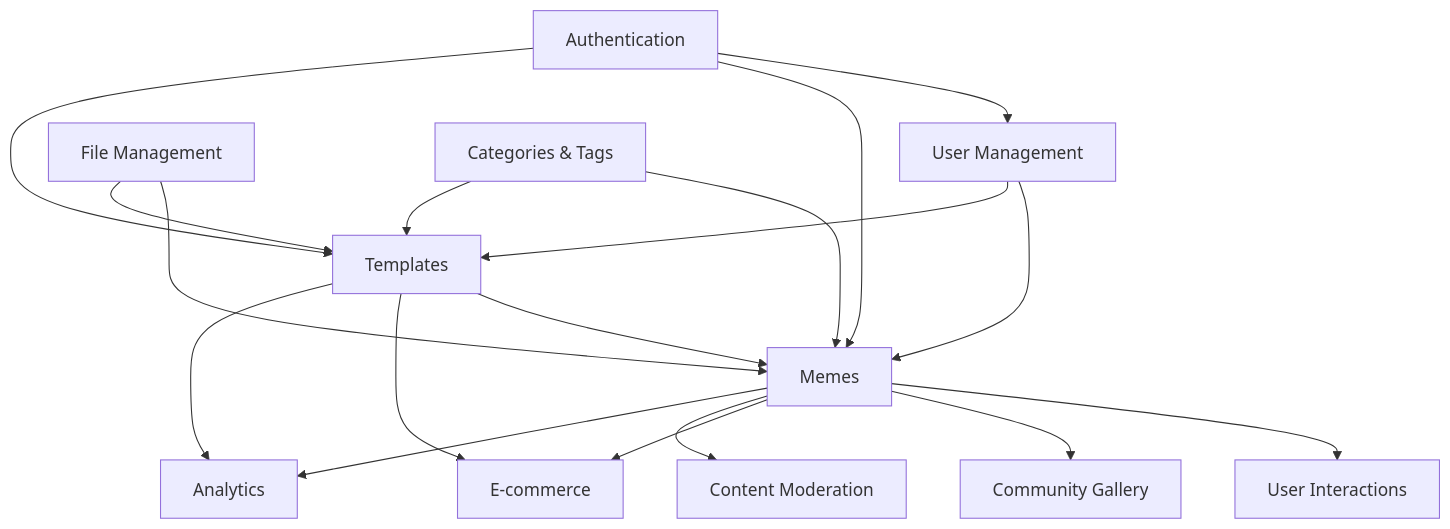
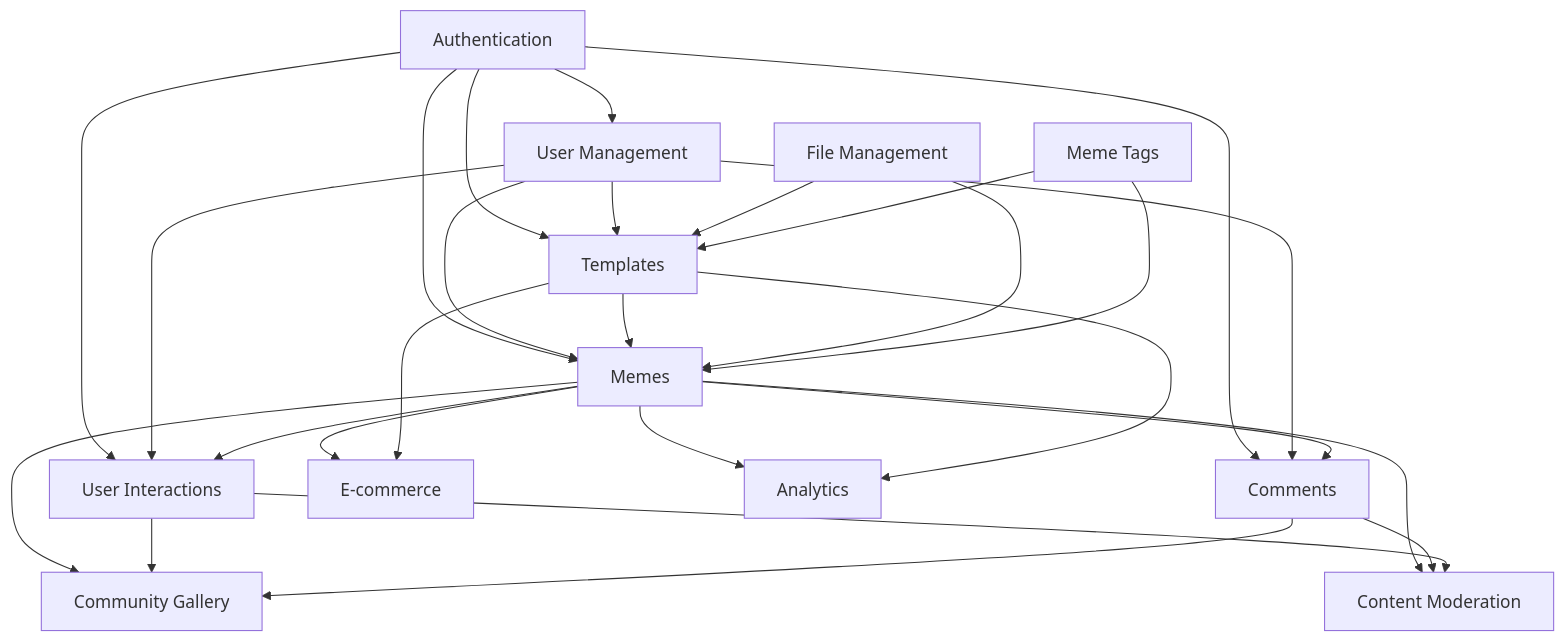
Before and after one commit to Anmolxx/i-love-memes-rest: the diagram in docs/features/README.md, drawn with Mermaid. The commit also changed other lines of this file and 3 other files, not shown here.

Commit message:
feat: add user interactions feature specification

````diff
--- a/docs/features/README.md
+++ b/docs/features/README.md
@@ -299,27 +349,37 @@
 ```mermaid
 graph TD
     AUTH[Authentication] --> USERS[User Management]
     AUTH --> MEMES[Memes]
     AUTH --> TEMPLATES[Templates]
+    AUTH --> INTERACTIONS[User Interactions]
+    AUTH --> COMMENTS[Comments]
 
     USERS --> MEMES
     USERS --> TEMPLATES
+    USERS --> INTERACTIONS
+    USERS --> COMMENTS
 
     TEMPLATES --> MEMES
 
     FILES[File Management] --> MEMES
     FILES --> TEMPLATES
 
-    TAGS[Categories & Tags] --> MEMES
+    TAGS[Meme Tags] --> MEMES
     TAGS --> TEMPLATES
 
-    MEMES --> INTERACTIONS[User Interactions]
+    MEMES --> INTERACTIONS
+    MEMES --> COMMENTS
     MEMES --> GALLERY[Community Gallery]
     MEMES --> PRODUCTS[E-commerce]
 
     TEMPLATES --> PRODUCTS
 
+    INTERACTIONS --> GALLERY
+    COMMENTS --> GALLERY
+
     MEMES --> MODERATION[Content Moderation]
     MEMES --> ANALYTICS[Analytics]
     TEMPLATES --> ANALYTICS
+    COMMENTS --> MODERATION
+    INTERACTIONS --> MODERATION
 ```
````
